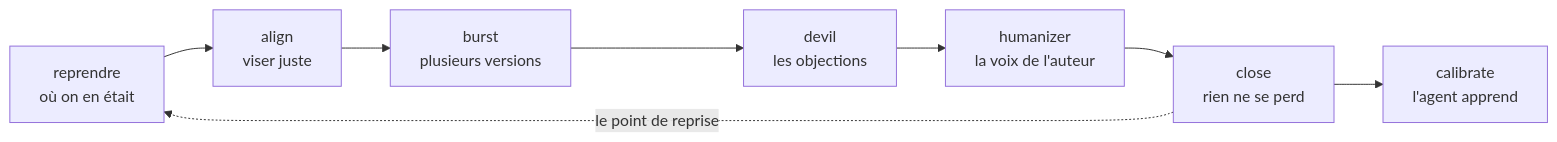
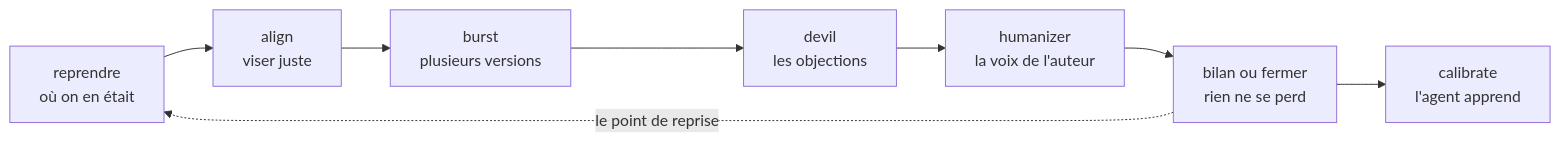
Before and after one commit to thomrichard/aios-V2: the third of 4 diagrams in docs/presentation.md, drawn with Mermaid. The commit also changed other lines of this file and 21 other files, not shown here.

First line of the commit message:
Outbox à l'instant T : ce qui attend ta validation ; bilan et fermer

````diff
--- a/docs/presentation.md
+++ b/docs/presentation.md
@@ -179,10 +179,10 @@
 ```mermaid
 flowchart LR
     R[reprendre<br/>où on en était] --> A[align<br/>viser juste]
     A --> B[burst<br/>plusieurs versions]
     B --> D[devil<br/>les objections]
     D --> H[humanizer<br/>la voix de l'auteur]
-    H --> C[close<br/>rien ne se perd]
+    H --> C[bilan ou fermer<br/>rien ne se perd]
     C --> K[calibrate<br/>l'agent apprend]
     C -. "le point de reprise" .-> R
 ```
````
